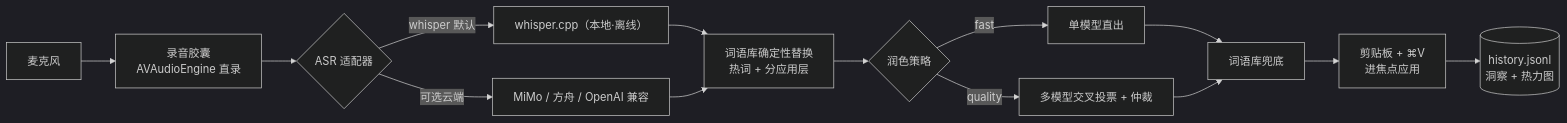
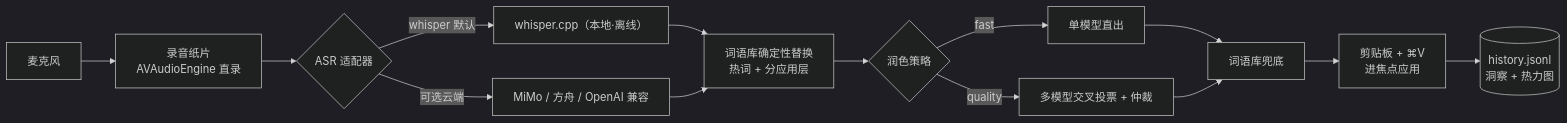
One commit to LeoLin990405/sayless changed the first of 3 diagrams in README.md. Above: the diagram before and after it, drawn with Mermaid (dark theme). The commit also changed other lines of this file and 20 other files, not shown here.

````diff
--- a/README.md
+++ b/README.md
@@ -44,16 +47,16 @@
 ```mermaid
 flowchart LR
-    Mic[麦克风] --> Cap[录音胶囊<br/>AVAudioEngine 直录]
+    Mic[麦克风] --> Cap[录音纸片<br/>AVAudioEngine 直录]
     Cap --> ASR{ASR 适配器}
     ASR -->|whisper 默认| W["whisper.cpp（本地·离线）"]
     ASR -->|可选云端| C[MiMo / 方舟 / OpenAI 兼容]
     W --> Dict[词语库确定性替换<br/>热词 + 分应用层]
     C --> Dict
     Dict --> LLM{润色策略}
     LLM -->|fast| S[单模型直出]
     LLM -->|quality| X[多模型交叉投票 + 仲裁]
     S --> D2[词语库兜底]
     X --> D2
     D2 --> Paste[剪贴板 + ⌘V<br/>进焦点应用]
     Paste --> Hist[(history.jsonl<br/>洞察 + 热力图)]
 ```
````
